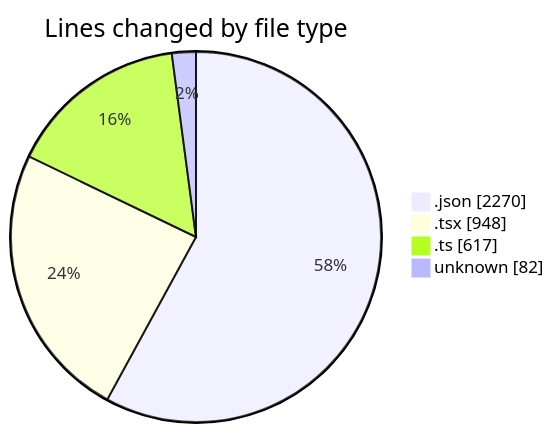
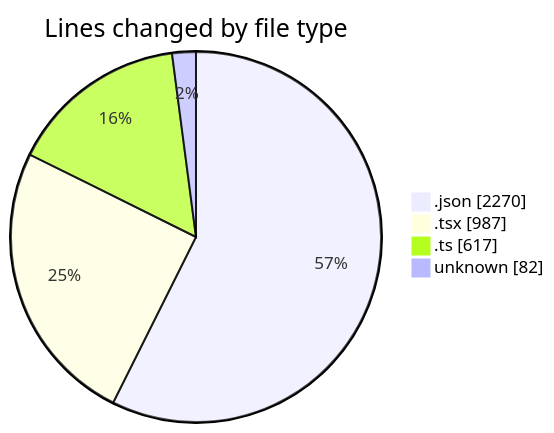
One commit to julien-gomy/code-tracking changed the first of 2 diagrams in 2025-10-29/eventscop-frontend-guide__workspace_/README.md. Above: the diagram before and after it, drawn with Mermaid. The commit also changed other lines of this file and 1 other file, not shown here.

````diff
--- a/2025-10-29/eventscop-frontend-guide__workspace_/README.md
+++ b/2025-10-29/eventscop-frontend-guide__workspace_/README.md
@@ -45,8 +45,8 @@
 ```mermaid
 pie showData
 title Lines changed by file type
 ".json" : 2270
-".tsx" : 948
+".tsx" : 987
 ".ts" : 617
 "unknown" : 82
 ```
````
